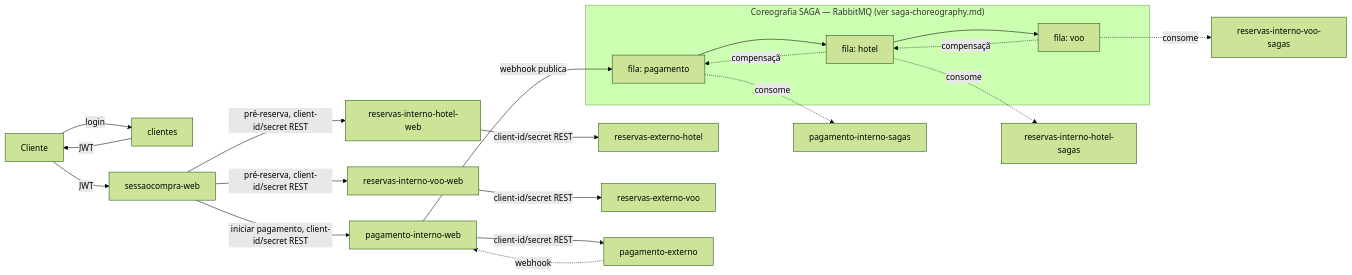
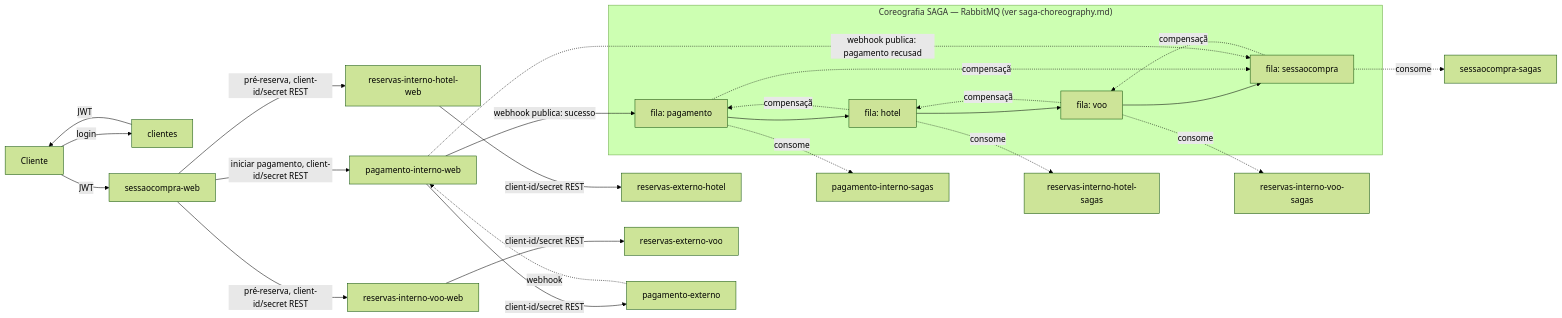
One commit to EdyKnopfler/estudo-arquitetura-monorepo changed the diagram in docs/architecture-overview.md. Above: the diagram before and after it, drawn with Mermaid (forest theme). The commit also changed other lines of this file and 10 other files, not shown here.

````diff
--- a/docs/architecture-overview.md
+++ b/docs/architecture-overview.md
@@ -47,25 +48,30 @@
 ```mermaid
 flowchart LR
   C[Cliente] -->|login| clientes
   clientes -->|JWT| C
   C -->|JWT| sessaocompra-web
   sessaocompra-web -->|pré-reserva, client-id/secret REST| reservas-interno-hotel-web
   sessaocompra-web -->|pré-reserva, client-id/secret REST| reservas-interno-voo-web
   reservas-interno-hotel-web -->|client-id/secret REST| reservas-externo-hotel
   reservas-interno-voo-web -->|client-id/secret REST| reservas-externo-voo
   sessaocompra-web -->|iniciar pagamento, client-id/secret REST| pagamento-interno-web
   pagamento-interno-web -->|client-id/secret REST| pagamento-externo
   pagamento-externo -.webhook.-> pagamento-interno-web
 
   subgraph SAGA["Coreografia SAGA — RabbitMQ (ver saga-choreography.md)"]
     Qpag[fila: pagamento] --> Qhotel[fila: hotel]
     Qhotel --> Qvoo[fila: voo]
+    Qvoo --> Qsc[fila: sessaocompra]
+    Qsc -.compensação.-> Qvoo
     Qvoo -.compensação.-> Qhotel
     Qhotel -.compensação.-> Qpag
+    Qpag -.compensação.-> Qsc
   end
 
-  pagamento-interno-web -->|webhook publica| Qpag
+  pagamento-interno-web -->|webhook publica: sucesso| Qpag
+  pagamento-interno-web -.webhook publica: pagamento recusado.-> Qsc
+  Qsc -.consome.-> sessaocompra-sagas
   Qpag -.consome.-> pagamento-interno-sagas
   Qhotel -.consome.-> reservas-interno-hotel-sagas
   Qvoo -.consome.-> reservas-interno-voo-sagas
 ```
````
